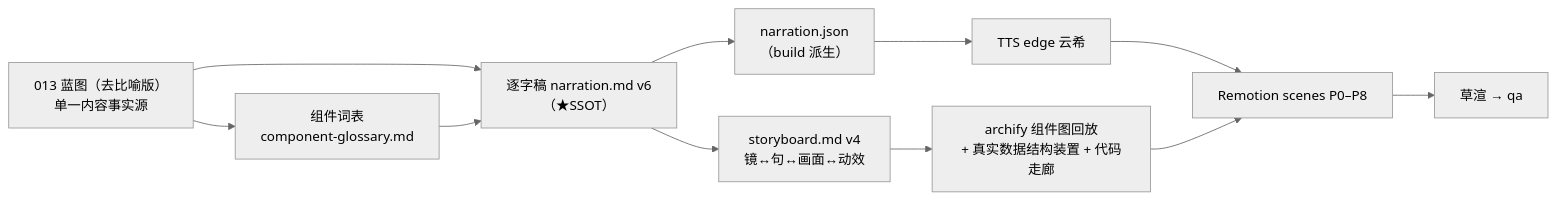
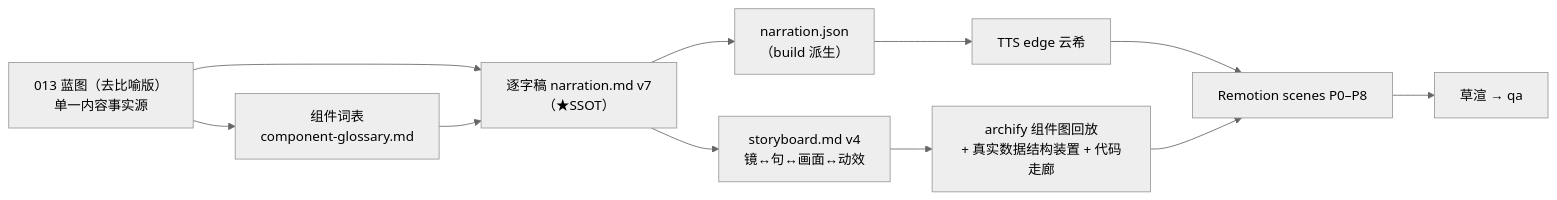
Before and after one commit to ThreeFish-AI/negentropy: the diagram in apps/negentropy-influence/episodes/context-layer-video/script/planning.md, drawn with Mermaid (neutral theme). The commit also changed other lines of this file and 3 other files, not shown here.

First line of the commit message:
fix(video): context-layer 第 2 集草渲目检修复——6-E/6-J 漏窗致整镜空白、7-K 验收问卡被导航图遮盖、6-D 右列压字幕带;

````diff
--- a/apps/negentropy-influence/episodes/context-layer-video/script/planning.md
+++ b/apps/negentropy-influence/episodes/context-layer-video/script/planning.md
@@ -74,13 +74,13 @@
 ```mermaid
 flowchart LR
     A["013 蓝图（去比喻版）<br/>单一内容事实源"] --> G["组件词表<br/>component-glossary.md"]
-    A --> B["逐字稿 narration.md v6<br/>（★SSOT）"]
+    A --> B["逐字稿 narration.md v7<br/>（★SSOT）"]
     G --> B
     B --> D["narration.json<br/>（build 派生）"]
     D --> E["TTS edge 云希"]
     B --> F["storyboard.md v4<br/>镜↔句↔画面↔动效"]
     F --> H["archify 组件图回放<br/>+ 真实数据结构装置 + 代码走廊"]
     E --> I["Remotion scenes P0–P8"]
     H --> I
     I --> J["草渲 → qa"]
 ```
````
